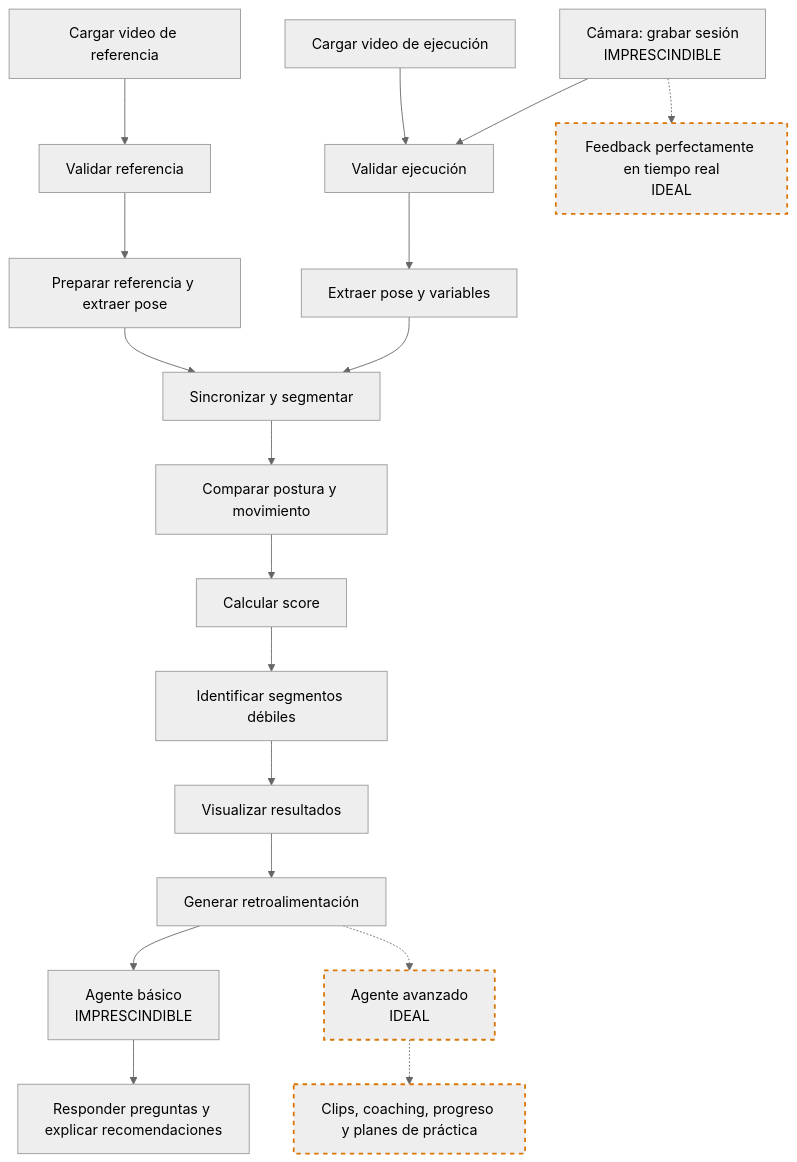
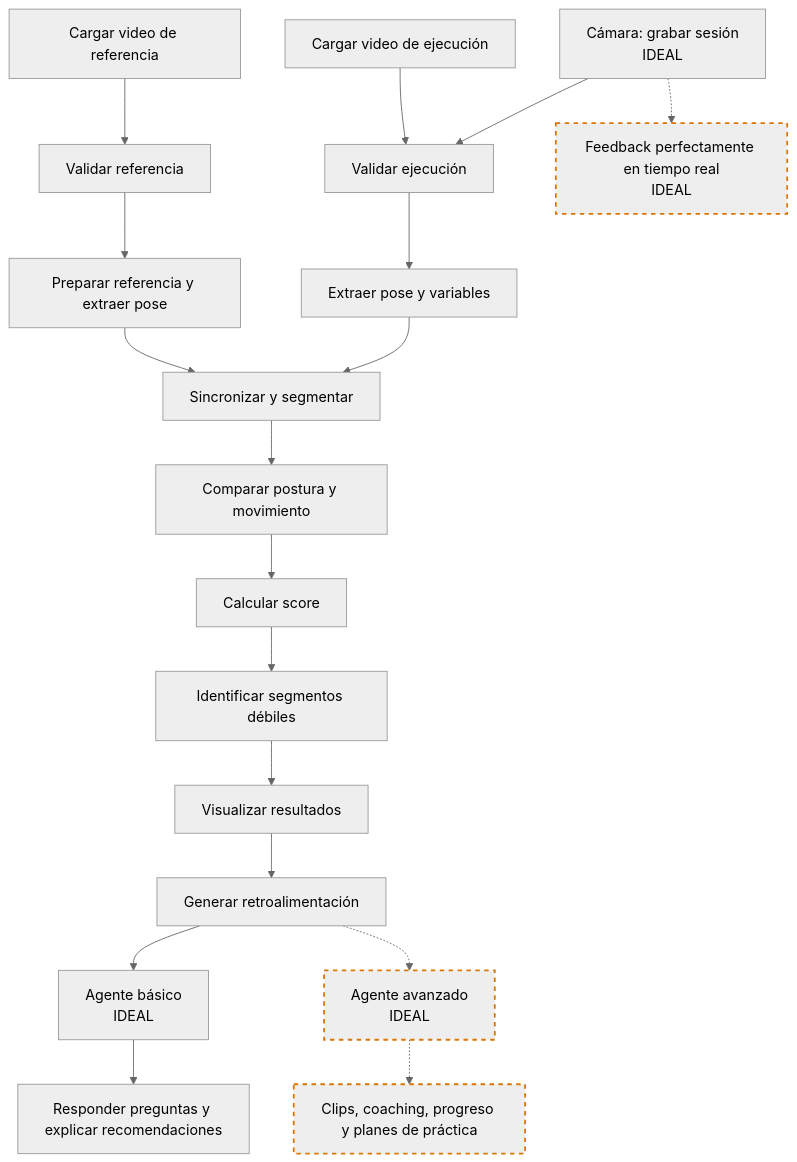
One commit to actdavidmc/mitotl-ia changed the diagram in docs/00-estrategia.md. Above: the diagram before and after it, drawn with Mermaid (neutral theme). The commit also changed other lines of this file, not shown here.

````diff
--- a/docs/00-estrategia.md
+++ b/docs/00-estrategia.md
@@ -177,27 +184,27 @@
 ```mermaid
 flowchart TD
     A[Cargar video de referencia] --> B[Validar referencia]
     B --> C[Preparar referencia y extraer pose]
 
     D[Cargar video de ejecución] --> E[Validar ejecución]
     E --> F[Extraer pose y variables]
 
-    G[Cámara: grabar sesión<br/>IMPRESCINDIBLE] --> E
+    G[Cámara: grabar sesión<br/>IDEAL] --> E
 
     C --> H[Sincronizar y segmentar]
     F --> H
     H --> I[Comparar postura y movimiento]
     I --> J[Calcular score]
     J --> K[Identificar segmentos débiles]
     K --> L[Visualizar resultados]
     L --> M[Generar retroalimentación]
 
     G -.-> P[Feedback perfectamente en tiempo real<br/>IDEAL]
-    M --> N[Agente básico<br/>IMPRESCINDIBLE]
+    M --> N[Agente básico<br/>IDEAL]
     N --> O[Responder preguntas y explicar recomendaciones]
     M -.-> Q[Agente avanzado<br/>IDEAL]
     Q -.-> R[Clips, coaching, progreso y planes de práctica]
 
     classDef ideal stroke:#d97706,stroke-width:2px,stroke-dasharray:5 5;
     class P,Q,R ideal;
 ```
````
